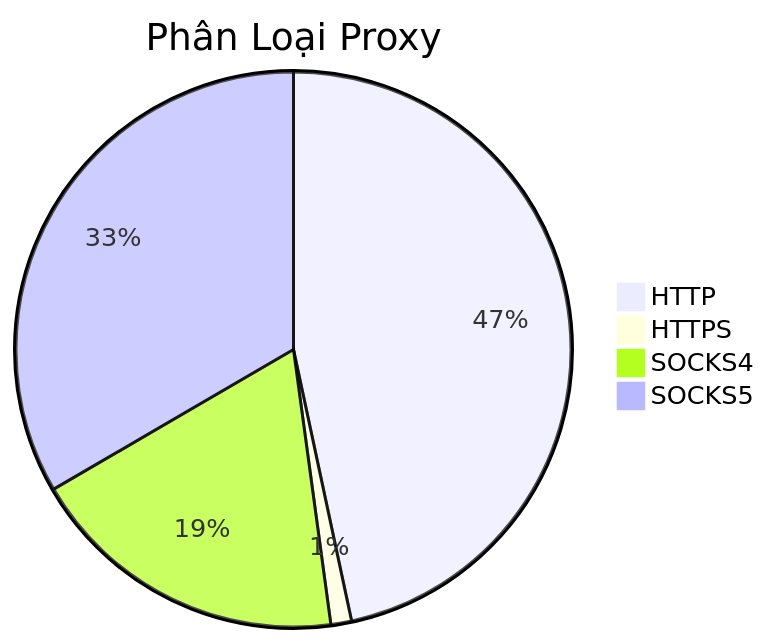
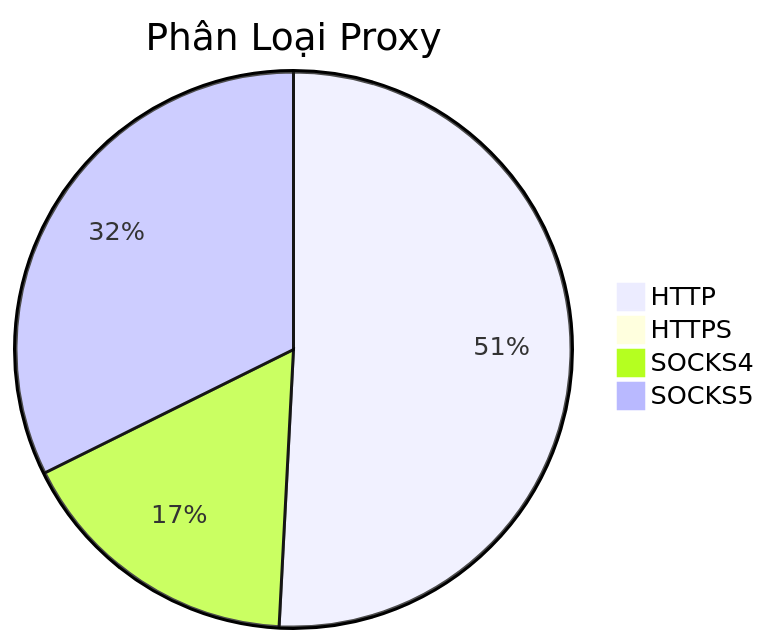
Before and after one commit to Ciara-Aa/PROXY-free: the diagram in README.md, drawn with Mermaid. The commit also changed other lines of this file and 4 other files, not shown here.

````diff
--- a/README.md
+++ b/README.md
@@ -26,7 +26,7 @@
 ```mermaid
 pie title Phân Loại Proxy
-    "HTTP" : 271
-    "HTTPS" : 7
-    "SOCKS4" : 109
-    "SOCKS5" : 194
+    "HTTP" : 338
+    "HTTPS" : 3
+    "SOCKS4" : 112
+    "SOCKS5" : 215
 ```
````
